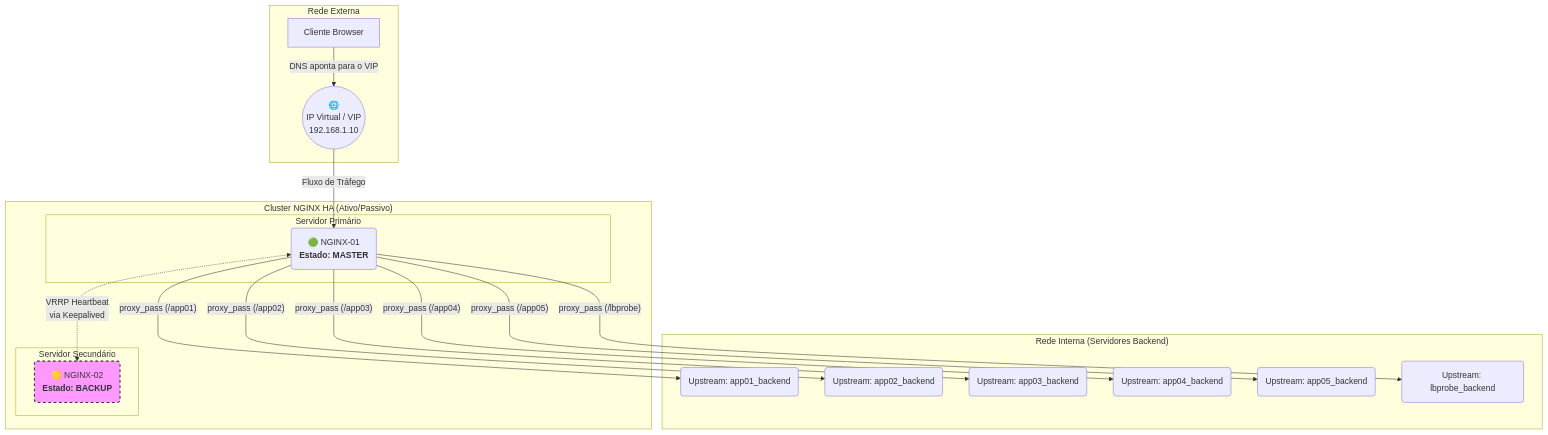
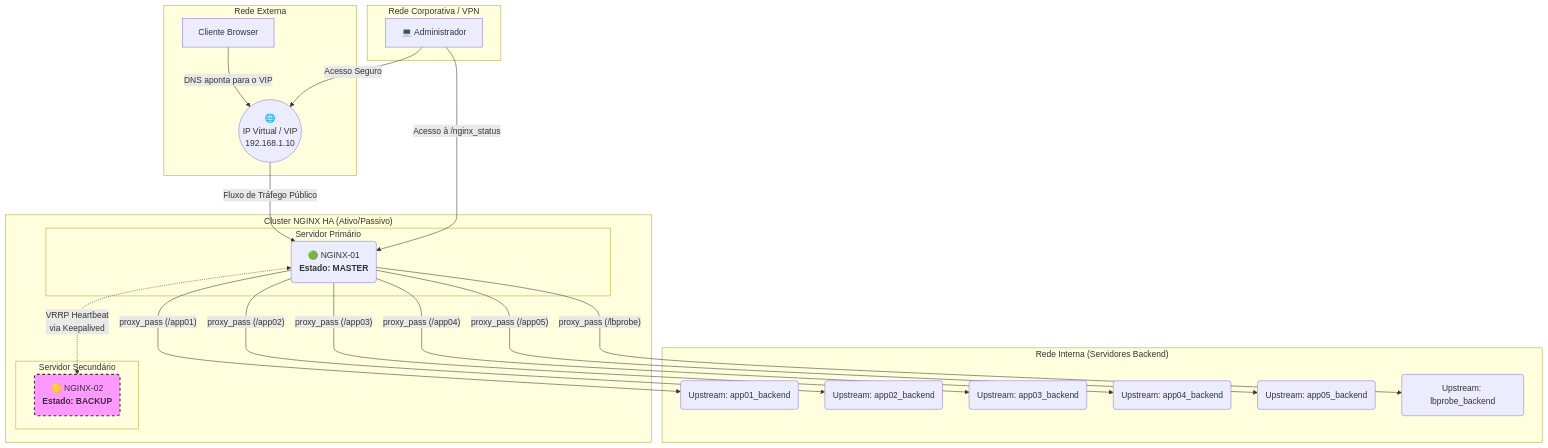
Before and after one commit to vinicius-cursi/AppGw-NGINX-Community: the diagram in Nginx_pt.MD, drawn with Mermaid. The commit also changed other lines of this file, not shown here.

First line of the commit message:
Update Nginx_pt.MD

`````diff
--- a/Nginx_pt.MD
+++ b/Nginx_pt.MD
@@ -16,36 +18,41 @@
 ```mermaid
 graph TD
     subgraph "Rede Externa"
         A[Cliente Browser] -- DNS aponta para o VIP --> B((🌐<br>IP Virtual / VIP<br>192.168.1.10))
+    end
+
+    subgraph "Rede Corporativa / VPN"
+        ADMIN[💻 Administrador] -- Acesso Seguro --> B
     end
 
     subgraph "Cluster NGINX HA (Ativo/Passivo)"
         style NGINX2 fill:#f9f,stroke:#333,stroke-width:2px,stroke-dasharray: 5 5
 
         subgraph "Servidor Primário"
             NGINX1(🟢 NGINX-01<br><b>Estado: MASTER</b>)
         end
         subgraph "Servidor Secundário"
             NGINX2(🟡 NGINX-02<br><b>Estado: BACKUP</b>)
         end
 
-        B -- Fluxo de Tráfego --> NGINX1
+        B -- Fluxo de Tráfego Público --> NGINX1
+        ADMIN -- Acesso à /nginx_status --> NGINX1
         NGINX1 <.-> |VRRP Heartbeat<br>via Keepalived| NGINX2
     end
 
     subgraph "Rede Interna (Servidores Backend)"
         C1(Upstream: app01_backend)
         C2(Upstream: app02_backend)
         C3(Upstream: app03_backend)
         C4(Upstream: app04_backend)
         C5(Upstream: app05_backend)
         C6(Upstream: lbprobe_backend)
     end
 
     NGINX1 -- proxy_pass (/app01) --> C1
     NGINX1 -- proxy_pass (/app02) --> C2
     NGINX1 -- proxy_pass (/app03) --> C3
     NGINX1 -- proxy_pass (/app04) --> C4
     NGINX1 -- proxy_pass (/app05) --> C5
     NGINX1 -- proxy_pass (/lbprobe) --> C6
-````
+```
`````
